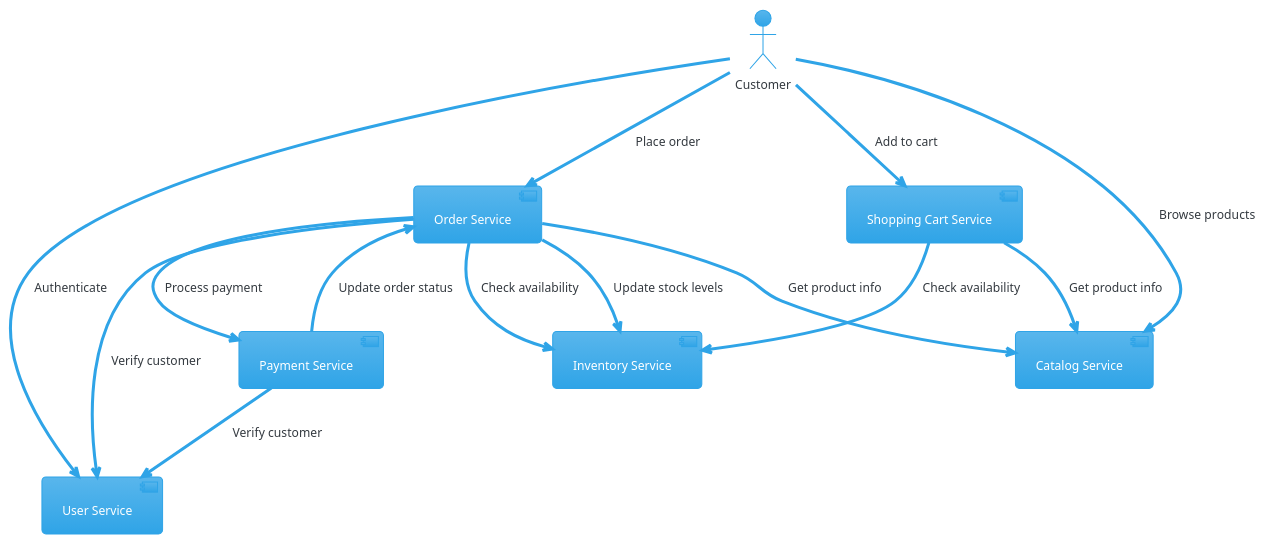
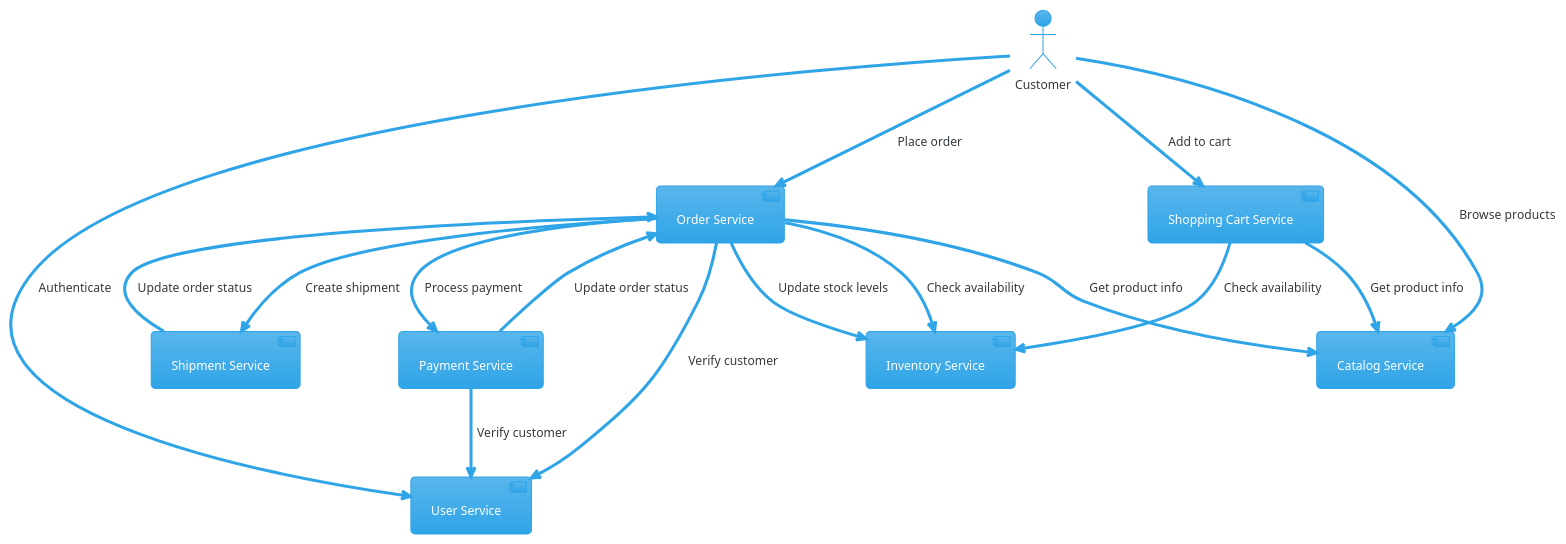
One commit to ttelang/liberty-rest-app changed the first of 4 diagrams in service-interactions.adoc. Above: the diagram before and after it, drawn with PlantUML. The commit also changed other lines of this file and 19 other files, not shown here.

First line of the commit message:
feat: Implement Shipment Service with CRUD operations and health checks

```diff
--- a/service-interactions.adoc
+++ b/service-interactions.adoc
@@ -5,29 +5,32 @@
 [plantuml]
 ----
 @startuml
 !theme cerulean
 
 actor "Customer" as customer
 component "User Service" as user
 component "Catalog Service" as catalog
 component "Inventory Service" as inventory
 component "Order Service" as order
 component "Payment Service" as payment
 component "Shopping Cart Service" as cart
+component "Shipment Service" as shipment
 
 customer --> user : Authenticate
 customer --> catalog : Browse products
 customer --> cart : Add to cart
 order --> inventory : Check availability
 cart --> inventory : Check availability
 cart --> catalog : Get product info
 customer --> order : Place order
 order --> payment : Process payment
+order --> shipment : Create shipment
+shipment --> order : Update order status
 
 payment --> user : Verify customer
 order --> user : Verify customer
 order --> catalog : Get product info
 order --> inventory : Update stock levels
 payment --> order : Update order status
 @enduml
 ----
```
